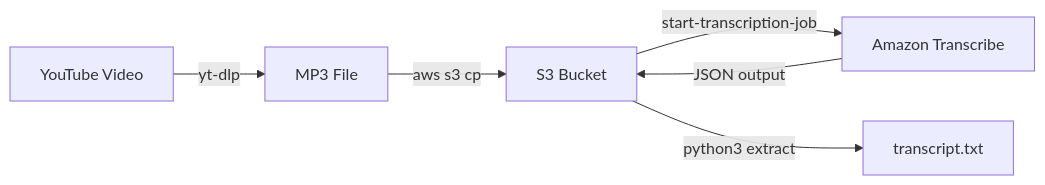
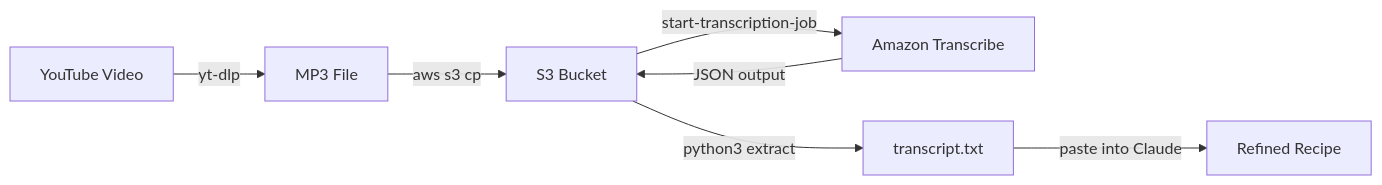
The first of 2 diagrams in _posts/2026-02-22-extracting-a-recipe-from-youtube-with-aws-transcribe.md (DigitalDenCloud/digitaldencloud.github.io), drawn with Mermaid before and after one commit. The commit also changed 1 other file, not shown here.

Commit message:
docs: new posts

````diff
--- a/_posts/2026-02-22-extracting-a-recipe-from-youtube-with-aws-transcribe.md
+++ b/_posts/2026-02-22-extracting-a-recipe-from-youtube-with-aws-transcribe.md
@@ -27,8 +27,9 @@
 ```mermaid
 graph LR
     A[YouTube Video] -->|yt-dlp| B[MP3 File]
     B -->|aws s3 cp| C[S3 Bucket]
     C -->|start-transcription-job| D[Amazon Transcribe]
     D -->|JSON output| C
     C -->|python3 extract| E[transcript.txt]
+    E -->|paste into Claude| F[Refined Recipe]
 ```
````
